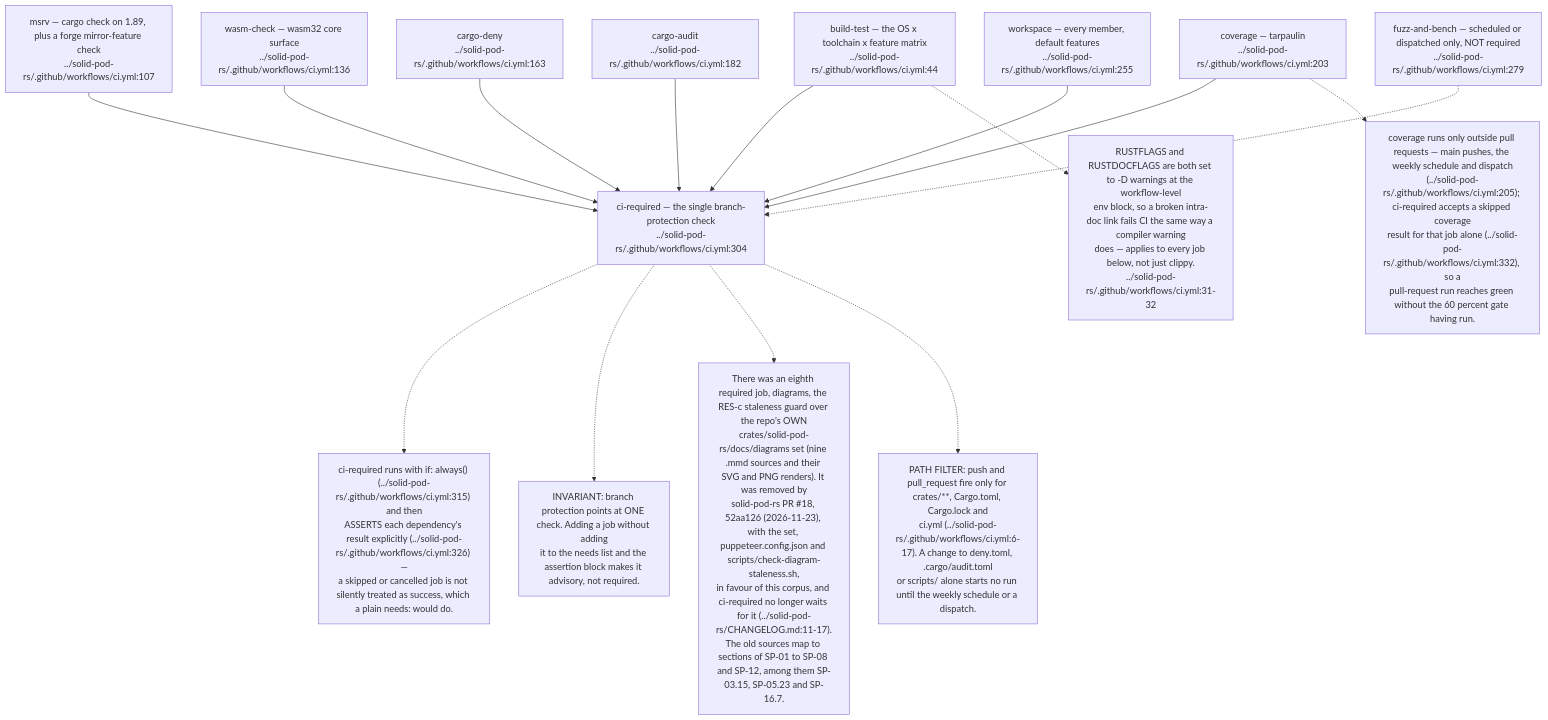
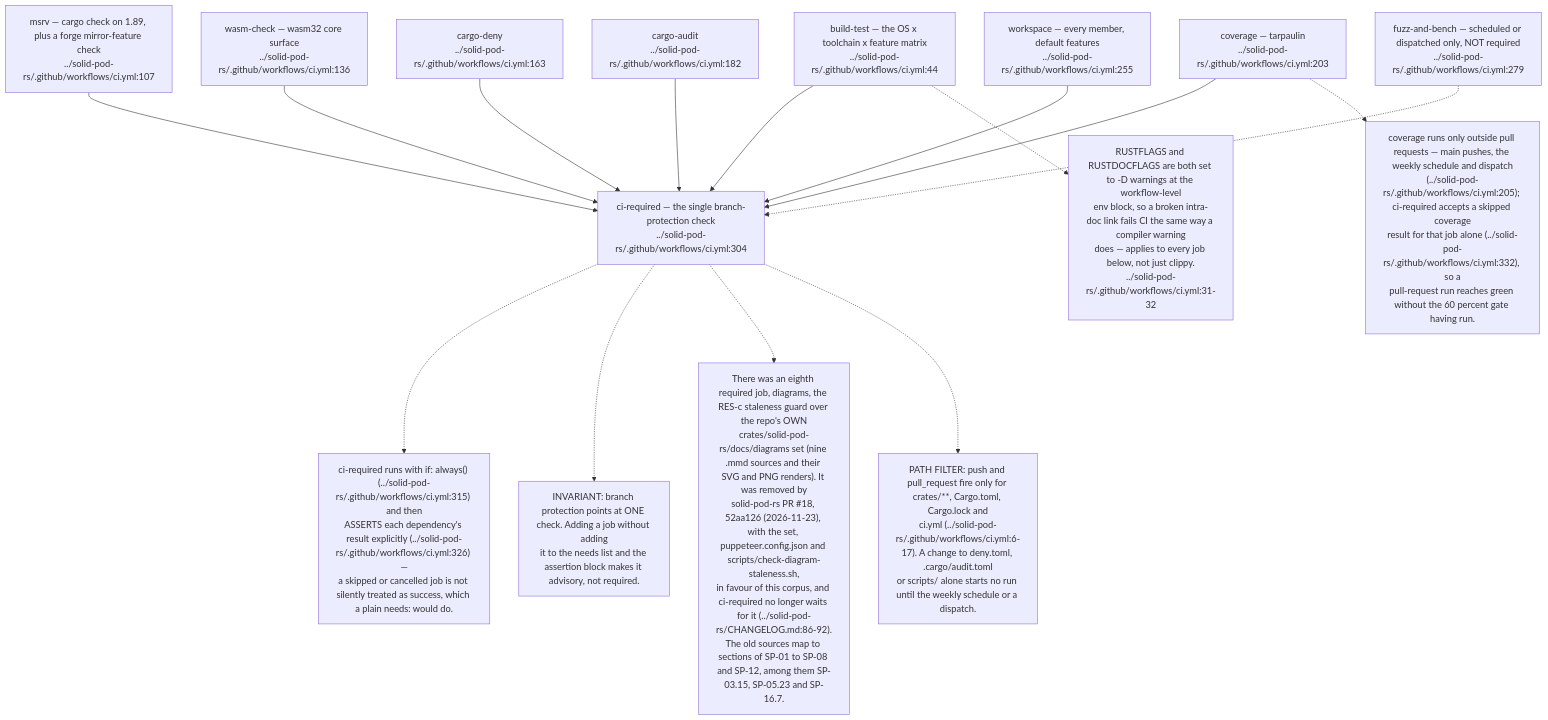
The first of 10 diagrams in docs/diagrams/solid-pod-rs/09-ci-release-and-consumer-pins.md (DreamLab-AI/VisionFlow), drawn with Mermaid before and after one commit. The commit also changed other lines of this file and 3 other files, not shown here.

First line of the commit message:
docs(diagrams): solid-pod-rs pass B at solid-pod-rs b91de60 (#19, #20, #21)

````diff
--- a/docs/diagrams/solid-pod-rs/09-ci-release-and-consumer-pins.md
+++ b/docs/diagrams/solid-pod-rs/09-ci-release-and-consumer-pins.md
@@ -50,34 +50,34 @@
 ```mermaid
 flowchart TD
     BT["build-test — the OS x toolchain x feature matrix<br/>../solid-pod-rs/.github/workflows/ci.yml:44"]
     MSRV["msrv — cargo check on 1.89, plus a forge mirror-feature check<br/>../solid-pod-rs/.github/workflows/ci.yml:107"]
     WASM["wasm-check — wasm32 core surface<br/>../solid-pod-rs/.github/workflows/ci.yml:136"]
     DENY["cargo-deny<br/>../solid-pod-rs/.github/workflows/ci.yml:163"]
     AUDIT["cargo-audit<br/>../solid-pod-rs/.github/workflows/ci.yml:182"]
     COV["coverage — tarpaulin<br/>../solid-pod-rs/.github/workflows/ci.yml:203"]
     WS["workspace — every member, default features<br/>../solid-pod-rs/.github/workflows/ci.yml:255"]
     FZ["fuzz-and-bench — scheduled or dispatched only, NOT required<br/>../solid-pod-rs/.github/workflows/ci.yml:279"]
     REQ["ci-required — the single branch-protection check<br/>../solid-pod-rs/.github/workflows/ci.yml:304"]
 
     BT --> REQ
     MSRV --> REQ
     WASM --> REQ
     DENY --> REQ
     AUDIT --> REQ
     COV --> REQ
     WS --> REQ
     FZ -.-> REQ
 
     N["ci-required runs with if: always() (../solid-pod-rs/.github/workflows/ci.yml:315) and then<br/>ASSERTS each dependency's result explicitly (../solid-pod-rs/.github/workflows/ci.yml:326) —<br/>a skipped or cancelled job is not silently treated as success, which a plain needs: would do."]
     REQ -.-> N
     N2["INVARIANT: branch protection points at ONE check. Adding a job without adding<br/>it to the needs list and the assertion block makes it advisory, not required."]
     REQ -.-> N2
     N2B["coverage runs only outside pull requests — main pushes, the weekly schedule and dispatch<br/>(../solid-pod-rs/.github/workflows/ci.yml:205); ci-required accepts a skipped coverage<br/>result for that job alone (../solid-pod-rs/.github/workflows/ci.yml:332), so a<br/>pull-request run reaches green without the 60 percent gate having run."]
     COV -.-> N2B
     N3["RUSTFLAGS and RUSTDOCFLAGS are both set to -D warnings at the workflow-level<br/>env block, so a broken intra-doc link fails CI the same way a compiler warning<br/>does — applies to every job below, not just clippy.<br/>../solid-pod-rs/.github/workflows/ci.yml:31-32"]
     BT -.-> N3
-    N4["There was an eighth required job, diagrams, the RES-c staleness guard over the repo's OWN<br/>crates/solid-pod-rs/docs/diagrams set (nine .mmd sources and their SVG and PNG renders). It was removed by<br/>solid-pod-rs PR #18, 52aa126 (2026-11-23), with the set, puppeteer.config.json and scripts/check-diagram-staleness.sh,<br/>in favour of this corpus, and ci-required no longer waits for it (../solid-pod-rs/CHANGELOG.md:11-17).<br/>The old sources map to sections of SP-01 to SP-08 and SP-12, among them SP-03.15, SP-05.23 and SP-16.7."]
+    N4["There was an eighth required job, diagrams, the RES-c staleness guard over the repo's OWN<br/>crates/solid-pod-rs/docs/diagrams set (nine .mmd sources and their SVG and PNG renders). It was removed by<br/>solid-pod-rs PR #18, 52aa126 (2026-11-23), with the set, puppeteer.config.json and scripts/check-diagram-staleness.sh,<br/>in favour of this corpus, and ci-required no longer waits for it (../solid-pod-rs/CHANGELOG.md:86-92).<br/>The old sources map to sections of SP-01 to SP-08 and SP-12, among them SP-03.15, SP-05.23 and SP-16.7."]
     REQ -.-> N4
     N5["PATH FILTER: push and pull_request fire only for crates/**, Cargo.toml, Cargo.lock and<br/>ci.yml (../solid-pod-rs/.github/workflows/ci.yml:6-17). A change to deny.toml, .cargo/audit.toml<br/>or scripts/ alone starts no run until the weekly schedule or a dispatch."]
     REQ -.-> N5
 ```
````
